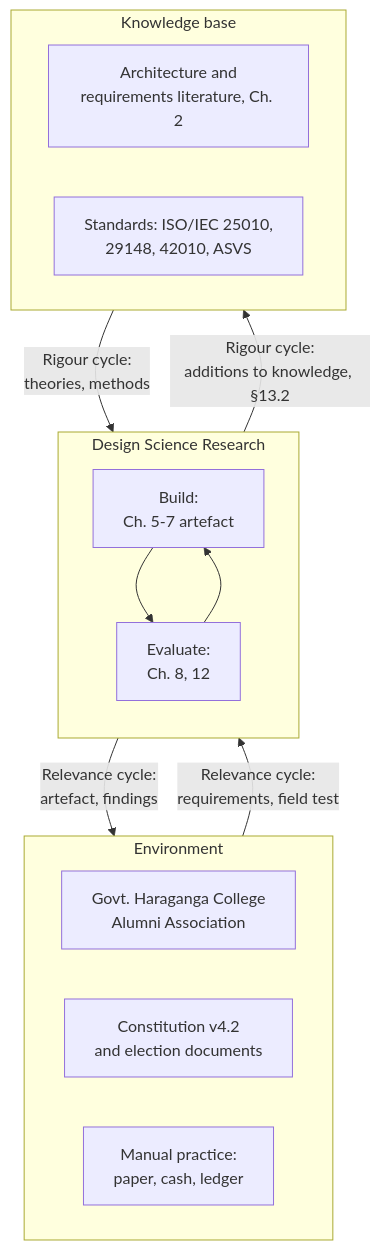
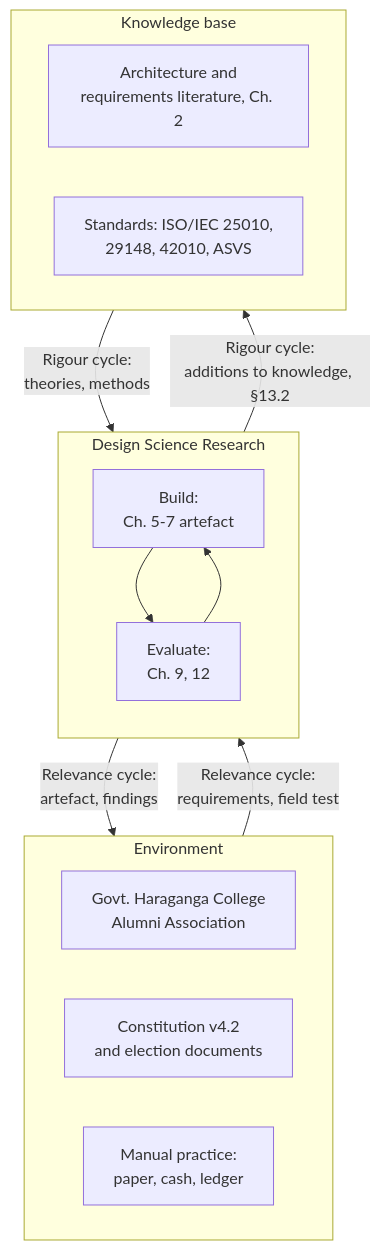
The first of 5 diagrams in docs/book/04-methodology.md (shalin-rahman/GHCAA), drawn with Mermaid before and after one commit. The commit also changed other lines of this file and 10 other files, not shown here.

````diff
--- a/docs/book/04-methodology.md
+++ b/docs/book/04-methodology.md
@@ -305,24 +399,24 @@
 ```mermaid
 flowchart TB
     subgraph ENV["Environment"]
       direction LR
       E1[Govt. Haraganga College<br/>Alumni Association]
       E2[Constitution v4.2<br/>and election documents]
       E3[Manual practice:<br/>paper, cash, ledger]
     end
     subgraph DSR["Design Science Research"]
       direction TB
       B[Build:<br/>Ch. 5-7 artefact]
-      E[Evaluate:<br/>Ch. 8, 12]
+      E[Evaluate:<br/>Ch. 9, 12]
       B --> E --> B
     end
     subgraph KB["Knowledge base"]
       direction LR
       K1[Architecture and<br/>requirements literature, Ch. 2]
       K2[Standards: ISO/IEC 25010,<br/>29148, 42010, ASVS]
     end
     ENV -->|Relevance cycle:<br/>requirements, field test| DSR
     DSR -->|Relevance cycle:<br/>artefact, findings| ENV
     KB -->|Rigour cycle:<br/>theories, methods| DSR
     DSR -->|Rigour cycle:<br/>additions to knowledge, §13.2| KB
 ```
````
